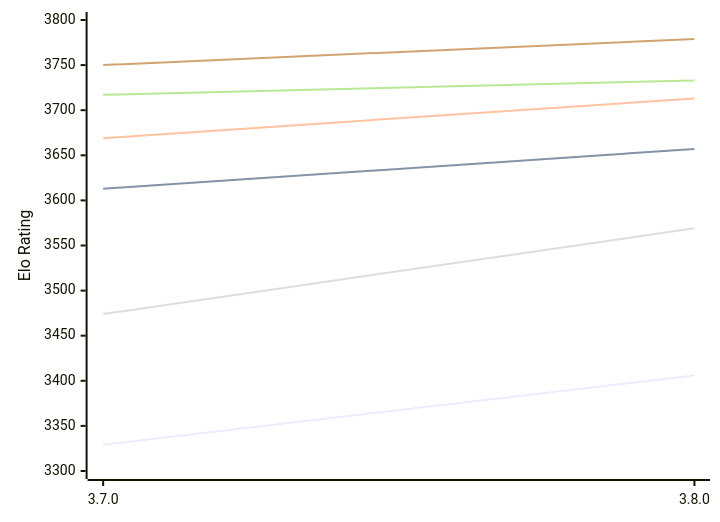
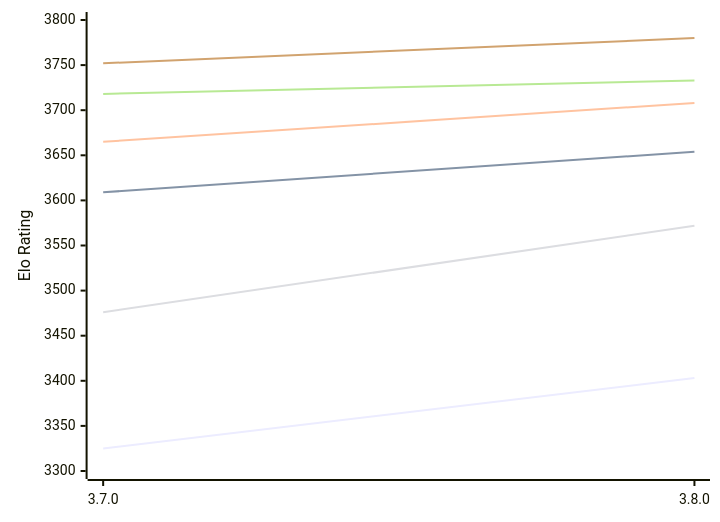
The first of 2 diagrams in engines/Igel.md (computer-chess-index/cci), drawn with Mermaid before and after one commit. The commit also changed other lines of this file, not shown here.

Commit message:
Update CCI Ratings (ELO VLTC) - 2026-11-09

````diff
--- a/engines/Igel.md
+++ b/engines/Igel.md
@@ -51,12 +51,12 @@
 ```mermaid
 %%{init: {"theme":"base","themeVariables":{"seriesColors:['#a3a3a3','#222221','#faa371']}}}%%
 xychart-beta
   x-axis ["3.7.0", "3.8.0"]
   y-axis "Elo Rating" 3300 --> 3800
-  line "E1: STC (8.0+0.08s)" [3329, 3406]
-  line "E1: LTC (60.0+0.60s)" [3613, 3657]
-  line "E1: VLTC (2m24s+1.12s)" [3669, 3713]
-  line "P1: STC (8.0+0.08s)" [3474, 3569]
-  line "P1: LTC (60.0+0.60s)" [3717, 3733]
-  line "P1: VLTC (2m24s+1.12s)" [3750, 3779]
+  line "E1: STC (8.0+0.08s)" [3325, 3403]
+  line "E1: LTC (60.0+0.60s)" [3609, 3654]
+  line "E1: VLTC (2m24s+1.12s)" [3665, 3708]
+  line "P1: STC (8.0+0.08s)" [3476, 3572]
+  line "P1: LTC (60.0+0.60s)" [3718, 3733]
+  line "P1: VLTC (2m24s+1.12s)" [3752, 3780]
 ```
````
